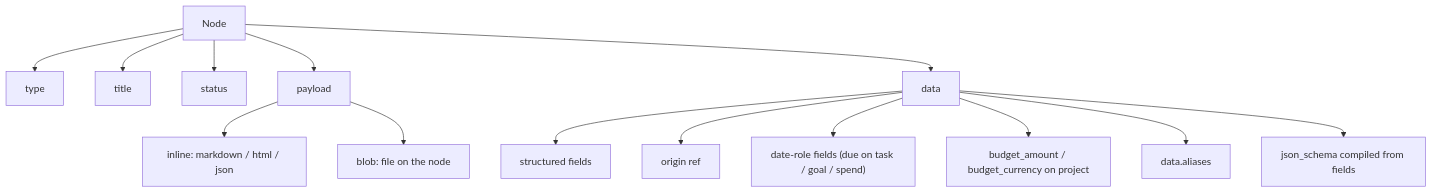
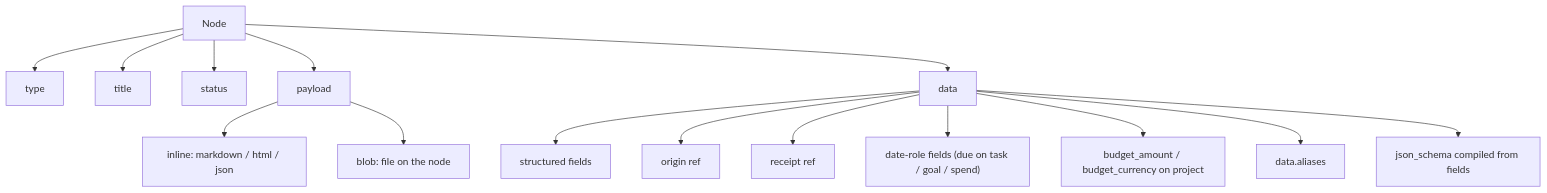
Before and after one commit to dgraziosi/foundation: the third of 11 diagrams in docs/ARCHITECTURE.md, drawn with Mermaid. The commit also changed other lines of this file and 19 other files, not shown here.

First line of the commit message:
Implement mail and calendar receipt on the node

````diff
--- a/docs/ARCHITECTURE.md
+++ b/docs/ARCHITECTURE.md
@@ -64,19 +64,20 @@
 ```mermaid
 flowchart TB
   node_box["Node"]
   node_box --> node_type["type"]
   node_box --> node_title["title"]
   node_box --> node_status["status"]
   node_box --> node_payload["payload"]
   node_box --> node_data["data"]
 
   node_payload --> inline["inline: markdown / html / json"]
   node_payload --> blob_on_node["blob: file on the node"]
 
   node_data --> structured["structured fields"]
   node_data --> origin["origin ref"]
+  node_data --> receipt["receipt ref"]
   node_data --> due["date-role fields (due on task / goal / spend)"]
   node_data --> budget["budget_amount / budget_currency on project"]
   node_data --> aliases["data.aliases"]
   node_data --> schema["json_schema compiled from fields"]
 ```
````
